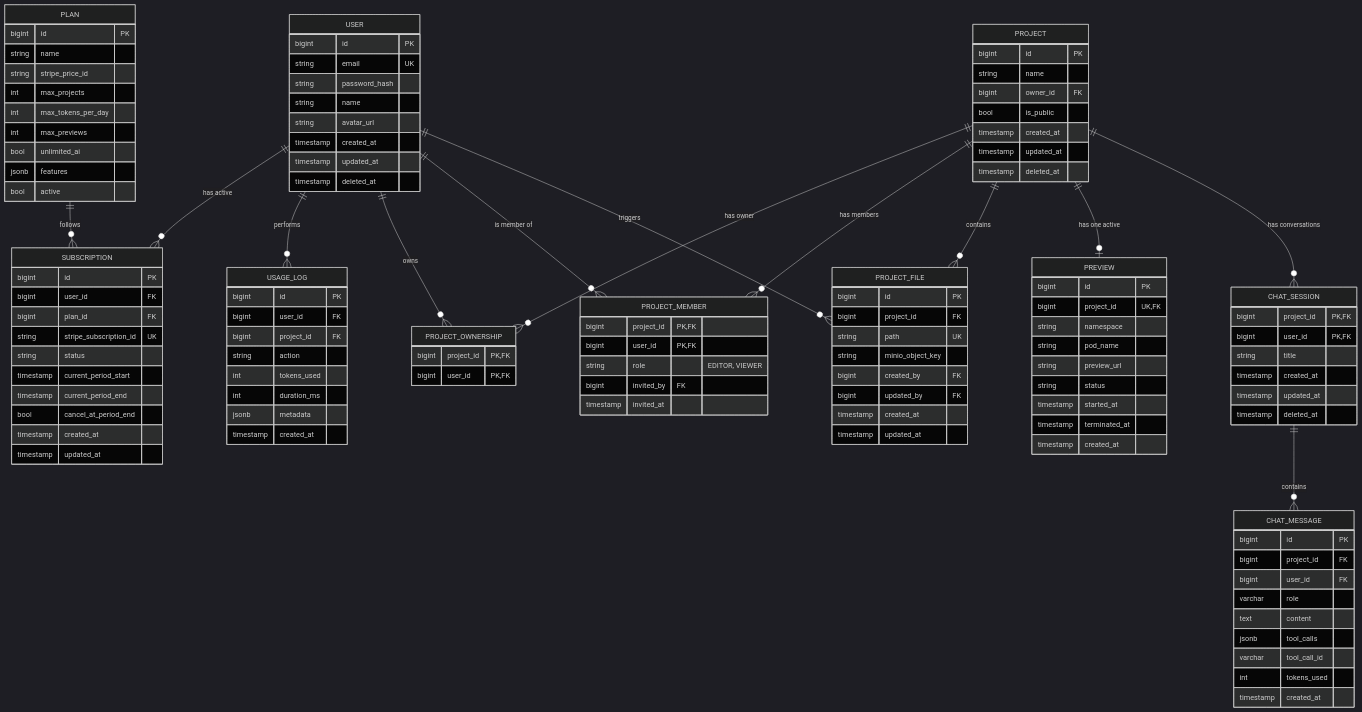
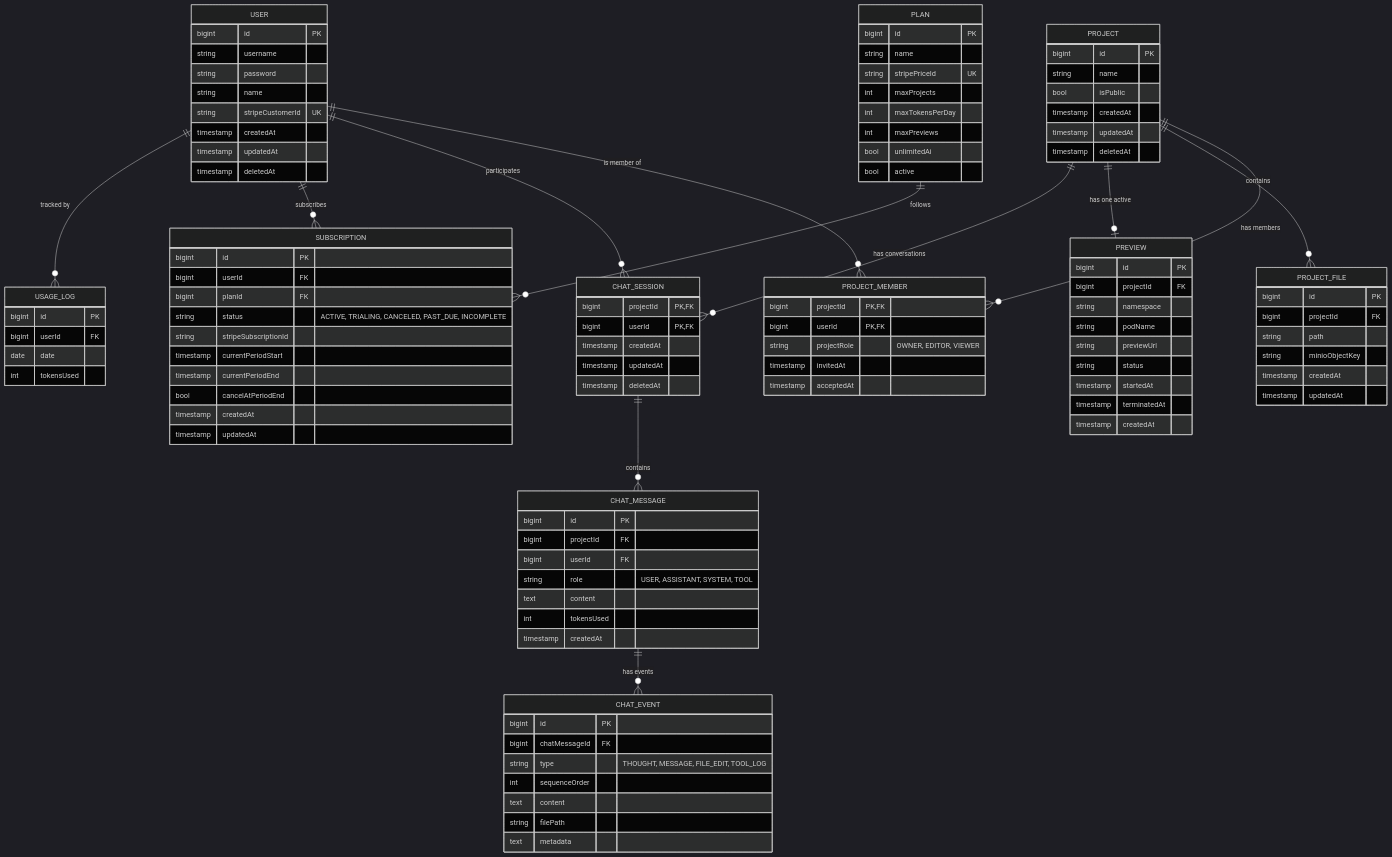
Before and after one commit to Divyanshu2805/vibecraft: the diagram in docs/schema/README.md, drawn with Mermaid (dark theme). The commit also changed other lines of this file, not shown here.

Commit message:
docs(schema): document the v2 implemented entity schema

````diff
--- a/docs/schema/README.md
+++ b/docs/schema/README.md
@@ -7,12 +9,10 @@
 ```mermaid
 erDiagram
-    USER ||--o{ SUBSCRIPTION : "has active"
-    USER ||--o{ USAGE_LOG : performs
-    USER ||--o{ PROJECT_OWNERSHIP : owns
     USER ||--o{ PROJECT_MEMBER : "is member of"
-    USER ||--o{ PROJECT_FILE : triggers
+    USER ||--o{ CHAT_SESSION : participates
+    USER ||--o{ SUBSCRIPTION : subscribes
+    USER ||--o{ USAGE_LOG : "tracked by"
 
-    PROJECT ||--o{ PROJECT_OWNERSHIP : "has owner"
     PROJECT ||--o{ PROJECT_MEMBER : "has members"
     PROJECT ||--o{ PROJECT_FILE : contains
     PROJECT ||--o| PREVIEW : "has one active"
@@ -20,118 +20,113 @@
 
     PLAN ||--o{ SUBSCRIPTION : follows
     CHAT_SESSION ||--o{ CHAT_MESSAGE : contains
+    CHAT_MESSAGE ||--o{ CHAT_EVENT : "has events"
 
     USER {
         bigint id PK
-        string email UK
-        string password_hash
+        string username
+        string password
         string name
-        string avatar_url
-        timestamp created_at
-        timestamp updated_at
-        timestamp deleted_at
+        string stripeCustomerId UK
+        timestamp createdAt
+        timestamp updatedAt
+        timestamp deletedAt
     }
 
     PROJECT {
         bigint id PK
         string name
-        bigint owner_id FK
-        bool is_public
-        timestamp created_at
-        timestamp updated_at
-        timestamp deleted_at
+        bool isPublic
+        timestamp createdAt
+        timestamp updatedAt
+        timestamp deletedAt
+    }
+
+    PROJECT_MEMBER {
+        bigint projectId PK, FK
+        bigint userId PK, FK
+        string projectRole "OWNER, EDITOR, VIEWER"
+        timestamp invitedAt
+        timestamp acceptedAt
+    }
+
+    PROJECT_FILE {
+        bigint id PK
+        bigint projectId FK
+        string path
+        string minioObjectKey
+        timestamp createdAt
+        timestamp updatedAt
+    }
+
+    PREVIEW {
+        bigint id PK
+        bigint projectId FK
+        string namespace
+        string podName
+        string previewUrl
+        string status
+        timestamp startedAt
+        timestamp terminatedAt
+        timestamp createdAt
+    }
+
+    CHAT_SESSION {
+        bigint projectId PK, FK
+        bigint userId PK, FK
+        timestamp createdAt
+        timestamp updatedAt
+        timestamp deletedAt
+    }
+
+    CHAT_MESSAGE {
+        bigint id PK
+        bigint projectId FK
+        bigint userId FK
+        string role "USER, ASSISTANT, SYSTEM, TOOL"
+        text content
+        int tokensUsed
+        timestamp createdAt
+    }
+
+    CHAT_EVENT {
+        bigint id PK
+        bigint chatMessageId FK
+        string type "THOUGHT, MESSAGE, FILE_EDIT, TOOL_LOG"
+        int sequenceOrder
+        text content
+        string filePath
+        text metadata
     }
 
     SUBSCRIPTION {
         bigint id PK
-        bigint user_id FK
-        bigint plan_id FK
-        string stripe_subscription_id UK
-        string status
-        timestamp current_period_start
-        timestamp current_period_end
-        bool cancel_at_period_end
-        timestamp created_at
-        timestamp updated_at
+        bigint userId FK
+        bigint planId FK
+        string status "ACTIVE, TRIALING, CANCELED, PAST_DUE, INCOMPLETE"
+        string stripeSubscriptionId
+        timestamp currentPeriodStart
+        timestamp currentPeriodEnd
+        bool cancelAtPeriodEnd
+        timestamp createdAt
+        timestamp updatedAt
     }
 
     PLAN {
         bigint id PK
         string name
-        string stripe_price_id
-        int max_projects
-        int max_tokens_per_day
-        int max_previews
-        bool unlimited_ai
-        jsonb features
+        string stripePriceId UK
+        int maxProjects
+        int maxTokensPerDay
+        int maxPreviews
+        bool unlimitedAi
         bool active
     }
 
     USAGE_LOG {
         bigint id PK
-        bigint user_id FK
-        bigint project_id FK
-        string action
-        int tokens_used
-        int duration_ms
-        jsonb metadata
-        timestamp created_at
-    }
-
-    PROJECT_OWNERSHIP {
-        bigint project_id PK, FK
-        bigint user_id PK, FK
-    }
-
-    PROJECT_MEMBER {
-        bigint project_id PK, FK
-        bigint user_id PK, FK
-        string role "EDITOR, VIEWER"
-        bigint invited_by FK
-        timestamp invited_at
-    }
-
-    PROJECT_FILE {
-        bigint id PK
-        bigint project_id FK
-        string path UK
-        string minio_object_key
-        bigint created_by FK
-        bigint updated_by FK
-        timestamp created_at
-        timestamp updated_at
-    }
-
-    PREVIEW {
-        bigint id PK
-        bigint project_id UK, FK
-        string namespace
-        string pod_name
-        string preview_url
-        string status
-        timestamp started_at
-        timestamp terminated_at
-        timestamp created_at
-    }
-
-    CHAT_SESSION {
-        bigint project_id PK, FK
-        bigint user_id PK, FK
-        string title
-        timestamp created_at
-        timestamp updated_at
-        timestamp deleted_at
-    }
-
-    CHAT_MESSAGE {
-        bigint id PK
-        bigint project_id FK
-        bigint user_id FK
-        varchar role
-        text content
-        jsonb tool_calls
-        varchar tool_call_id
-        int tokens_used
-        timestamp created_at
+        bigint userId FK
+        date date
+        int tokensUsed
     }
 ```
````
